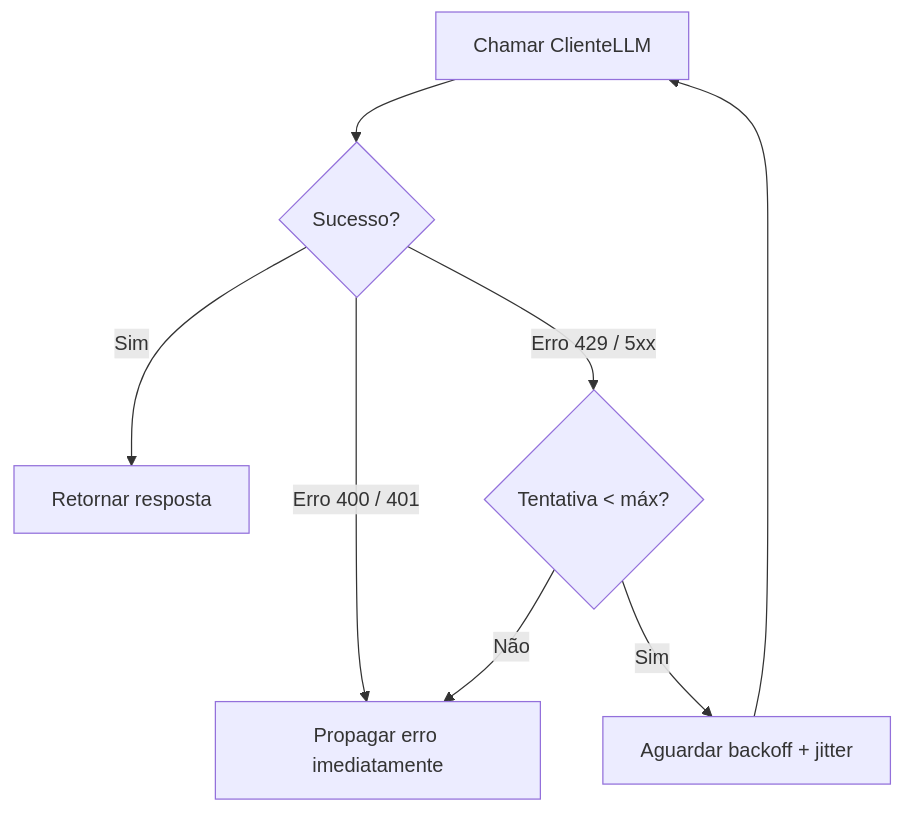
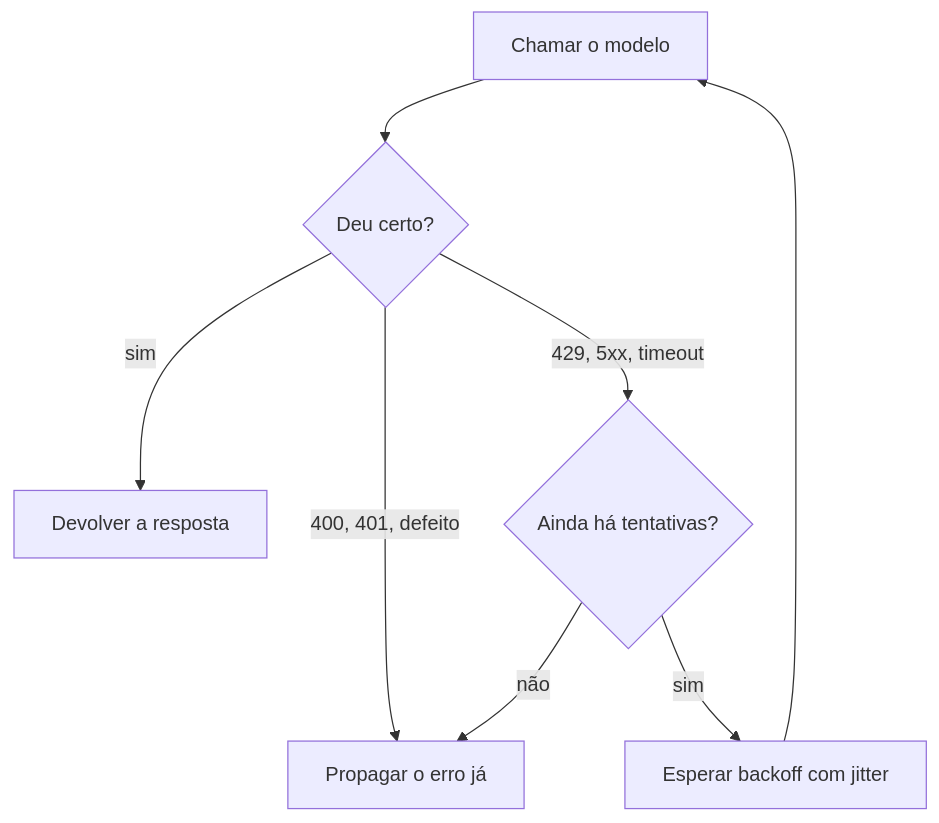
One commit to Lip3Bazinga/v0-level-usp-project changed the diagram in content/cursos/n7-engenharia-de-ia/01-llms-e-apis/03-streaming-erros-e-retries.lvl.md. Above: the diagram before and after it, drawn with Mermaid. The commit also changed other lines of this file and 20 other files, not shown here.

````diff
--- a/content/cursos/n7-engenharia-de-ia/01-llms-e-apis/03-streaming-erros-e-retries.lvl.md
+++ b/content/cursos/n7-engenharia-de-ia/01-llms-e-apis/03-streaming-erros-e-retries.lvl.md
@@ -29,10 +518,10 @@
 ```mermaid
 flowchart TD
-    A["Chamar ClienteLLM"] --> B{"Sucesso?"}
-    B -- "Sim" --> C["Retornar resposta"]
-    B -- "Erro 400 / 401" --> D["Propagar erro imediatamente"]
-    B -- "Erro 429 / 5xx" --> E{"Tentativa < máx?"}
-    E -- "Sim" --> F["Aguardar backoff + jitter"]
+    A["Chamar o modelo"] --> B{"Deu certo?"}
+    B -->|sim| C["Devolver a resposta"]
+    B -->|"400, 401, defeito"| D["Propagar o erro já"]
+    B -->|"429, 5xx, timeout"| E{"Ainda há tentativas?"}
+    E -->|não| D
+    E -->|sim| F["Esperar backoff com jitter"]
     F --> A
-    E -- "Não" --> D
 ```
````
